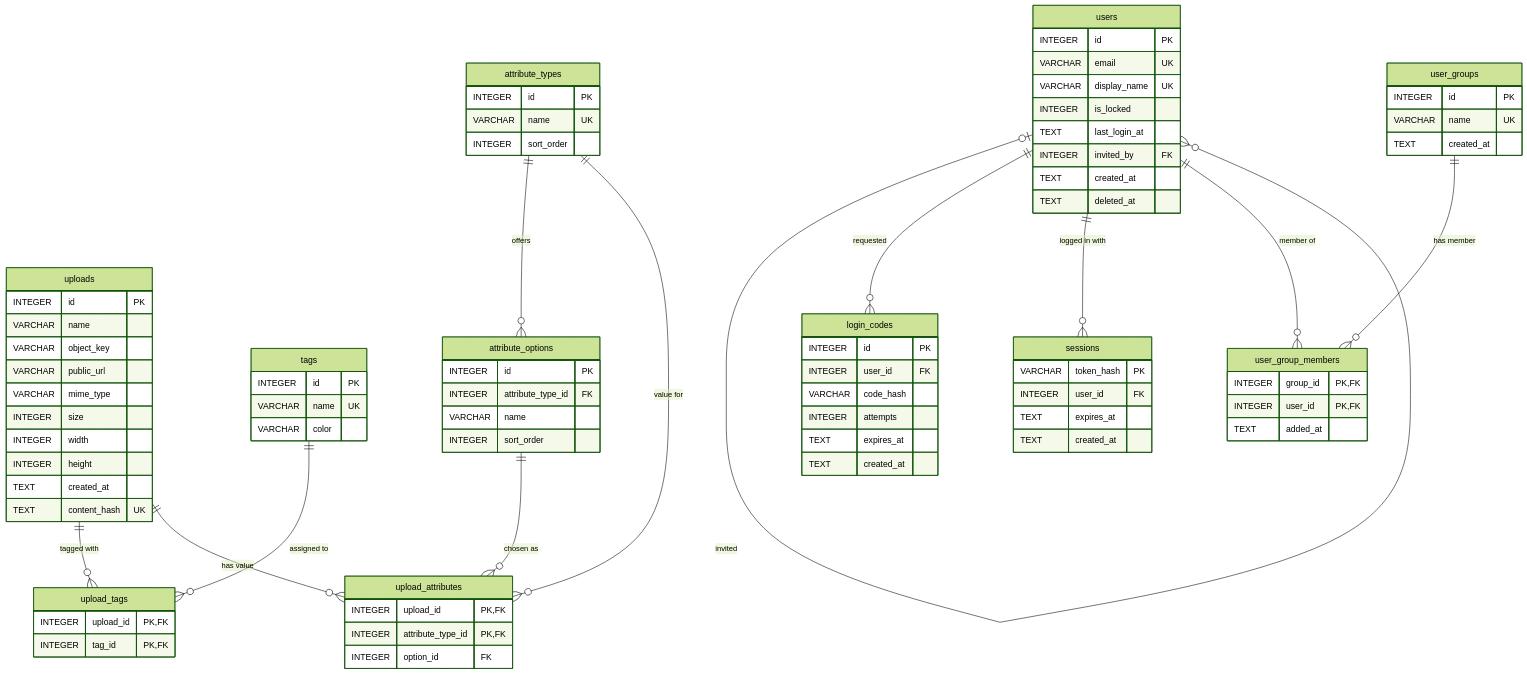
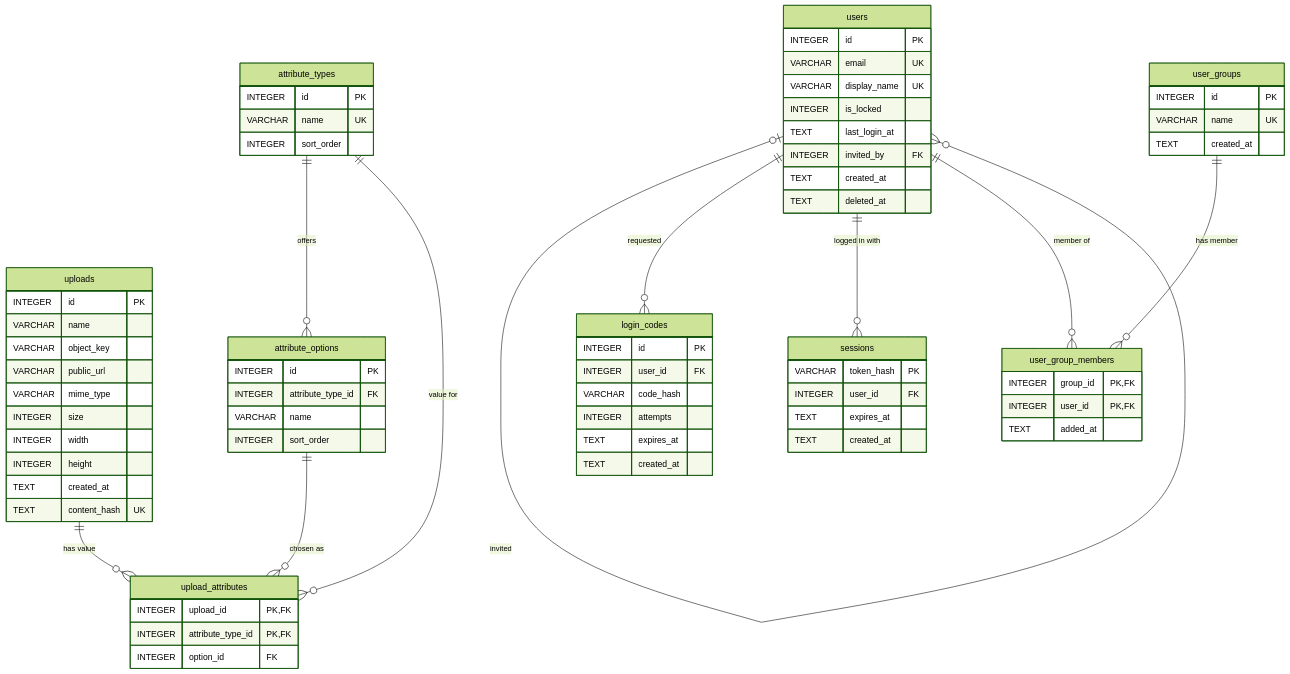
The diagram in app-node/docs/data-model.md (weedukind/muenzquell-galerie-admin), drawn with Mermaid (forest theme) before and after one commit. The commit also changed other lines of this file and 22 other files, not shown here.

````diff
--- a/app-node/docs/data-model.md
+++ b/app-node/docs/data-model.md
@@ -5,7 +5,5 @@
 ```mermaid
 erDiagram
-    uploads ||--o{ upload_tags : "tagged with"
-    tags ||--o{ upload_tags : "assigned to"
     uploads ||--o{ upload_attributes : "has value"
     attribute_types ||--o{ attribute_options : "offers"
     attribute_types ||--o{ upload_attributes : "value for"
@@ -27,15 +25,6 @@
         INTEGER height
         TEXT created_at
         TEXT content_hash UK
-    }
-    tags {
-        INTEGER id PK
-        VARCHAR name UK
-        VARCHAR color
-    }
-    upload_tags {
-        INTEGER upload_id PK, FK
-        INTEGER tag_id PK, FK
     }
     attribute_types {
         INTEGER id PK
````
